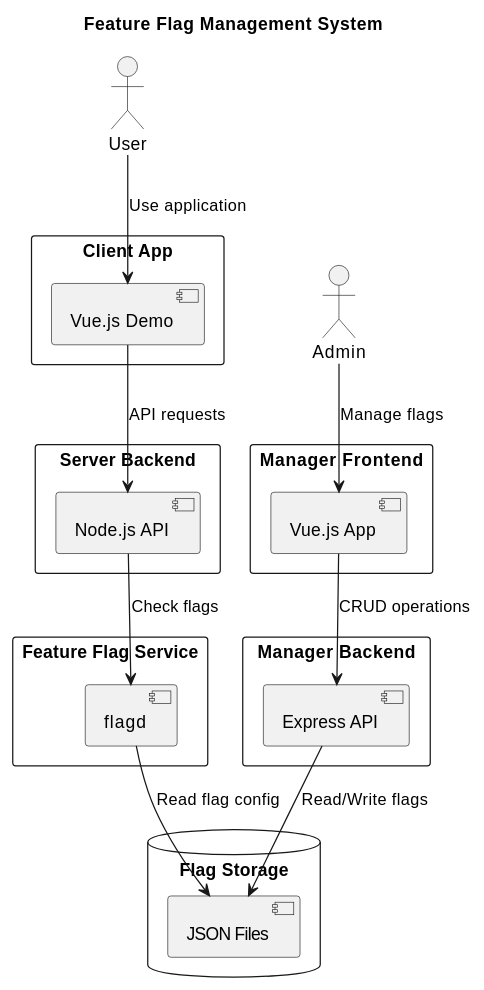
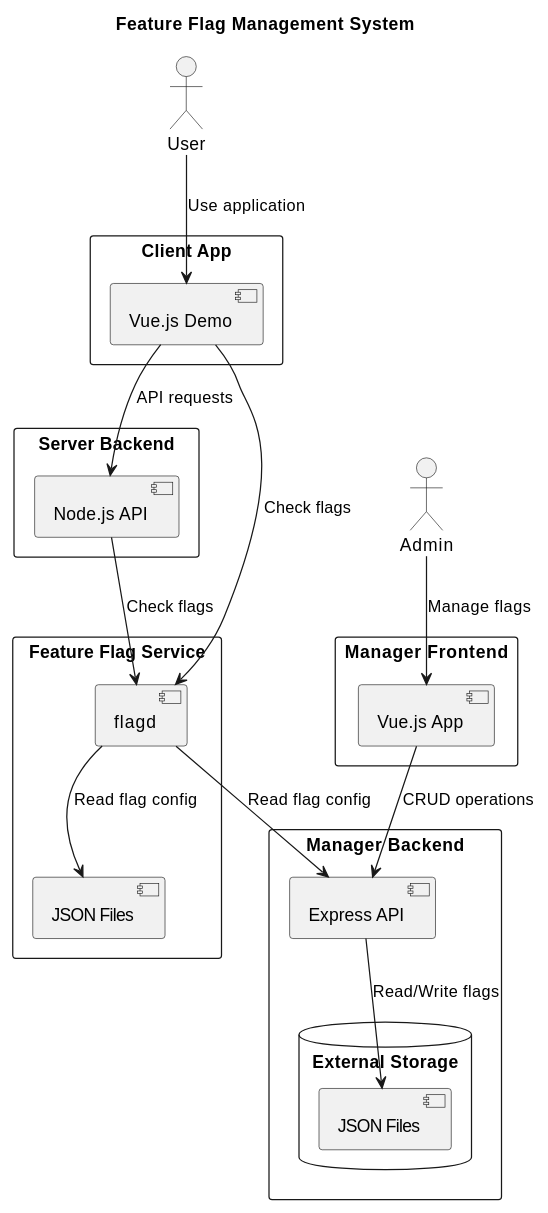
Before and after one commit to kokhoui83/openfeature-flagd: the diagram in README.md, drawn with PlantUML.

Commit message:
update architecture diagram

````diff
--- a/README.md
+++ b/README.md
@@ -7,40 +7,45 @@
 ```plantuml
 title Feature Flag Management System
 
 actor User
 actor Admin
 
 rectangle "Manager Frontend" {
   [Vue.js App] as Manager
 }
 
 rectangle "Manager Backend" {
   [Express API] as ManagerAPI
+
+  database "External Storage" {
+    [JSON Files] as Storage
+  }
 }
 
 rectangle "Client App" {
   [Vue.js Demo] as Client
 }
 
 rectangle "Server Backend" {
   [Node.js API] as Server
 }
 
 rectangle "Feature Flag Service" {
   [flagd] as Flagd
+
+  [JSON Files] as Local
 }
 
-database "Flag Storage" {
-  [JSON Files] as Storage
-}
 
 Admin --> Manager: Manage flags
 Manager --> ManagerAPI: CRUD operations
 ManagerAPI --> Storage: Read/Write flags
 
 User --> Client: Use application
 Client --> Server: API requests
 Server --> Flagd: Check flags
-Flagd --> Storage: Read flag config
+Client --> Flagd: Check flags
+Flagd --> ManagerAPI: Read flag config
+Flagd --> Local: Read flag config
 
 ```
````
